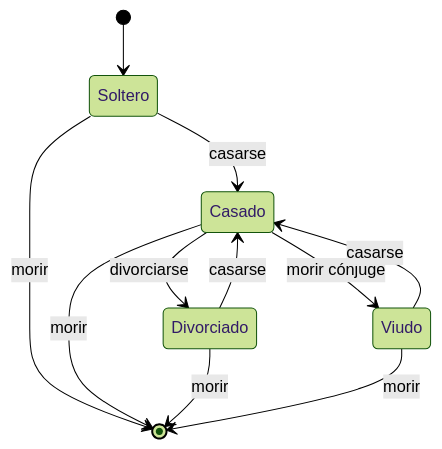
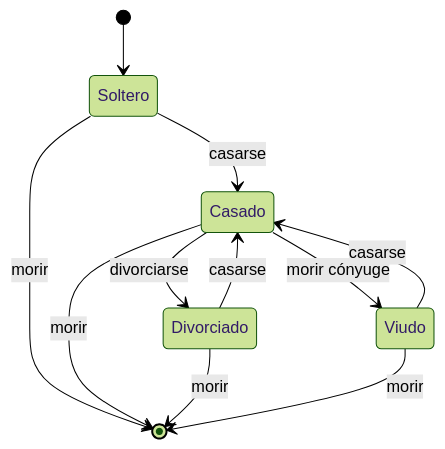
The eighth of 8 diagrams in UD7_diagramas_comportamiento/apuntes/UD7_1_introduccion_diagramas_comportamiento.md (danielmartinan/entornos_desarrollo_2024-25), drawn with Mermaid (forest theme) before and after one commit. The commit also changed other lines of this file and 1 other file, not shown here.

Commit message:
Añadido ejemplo de diagrama de estados con acciones

````diff
--- a/UD7_diagramas_comportamiento/apuntes/UD7_1_introduccion_diagramas_comportamiento.md
+++ b/UD7_diagramas_comportamiento/apuntes/UD7_1_introduccion_diagramas_comportamiento.md
@@ -762,13 +762,13 @@
 ```mermaid
 stateDiagram-v2
    [*] --> Soltero
    Soltero --> Casado : casarse
    Casado --> Divorciado : divorciarse
-   Casado --> Viudo : morir cónjuge
+   Casado --> Viudo : morir cónyuge
    Divorciado --> Casado : casarse
    Viudo --> Casado : casarse
    Soltero --> [*] : morir
    Casado --> [*] : morir
    Divorciado --> [*] : morir
    Viudo --> [*] : morir
 ```
````
